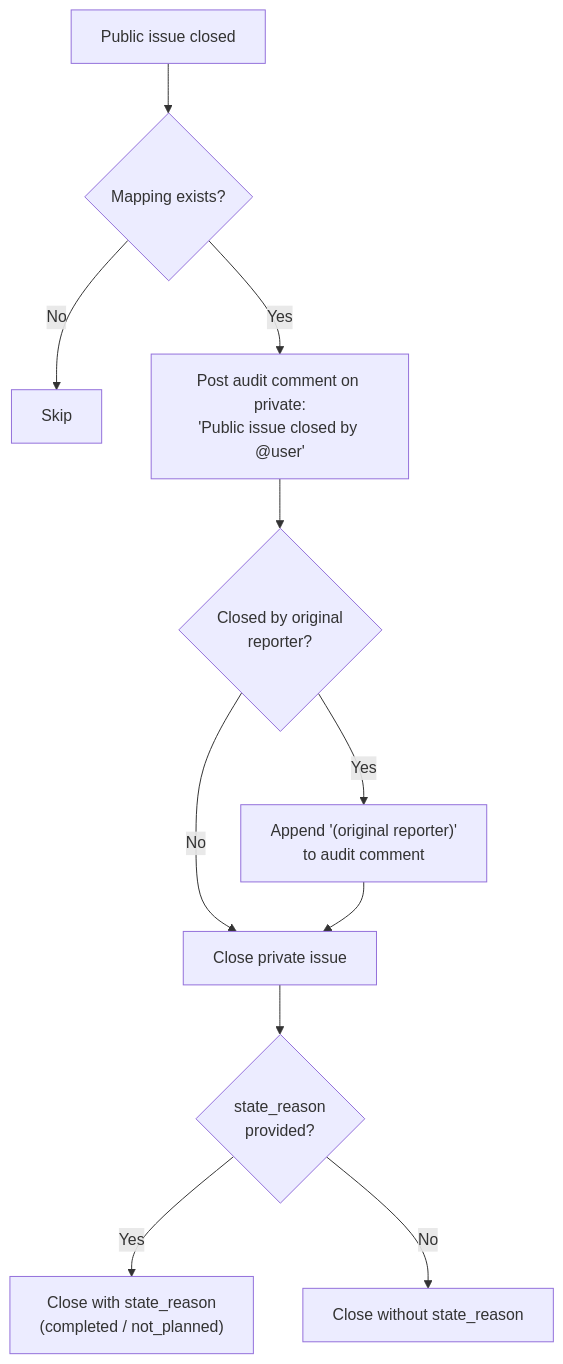
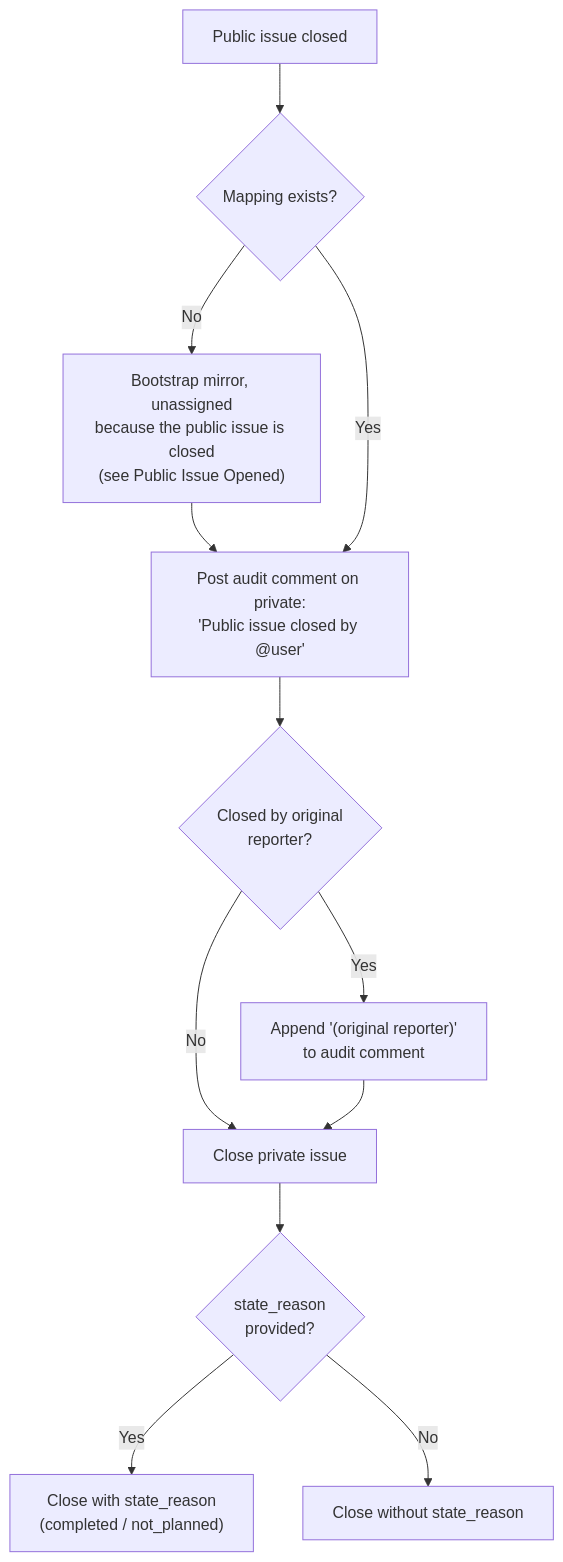
One commit to Magma-Maths/lyrebird changed the fourth of 16 diagrams in FLOWS.md. Above: the diagram before and after it, drawn with Mermaid. The commit also changed other lines of this file, not shown here.

First line of the commit message:
docs(flows): match the public-event diagrams to the real call graph

````diff
--- a/FLOWS.md
+++ b/FLOWS.md
@@ -57,13 +58,14 @@
 ```mermaid
 flowchart TD
     A["Public issue closed"] --> B{"Mapping exists?"}
-    B -- No --> Z["Skip"]
+    B -- No --> BA["Bootstrap mirror, unassigned<br/>because the public issue is closed<br/>(see Public Issue Opened)"]
+    BA --> C
     B -- Yes --> C["Post audit comment on private:<br/>'Public issue closed by @user'"]
     C --> D{"Closed by original<br/>reporter?"}
     D -- Yes --> E["Append '(original reporter)'<br/>to audit comment"]
     D -- No --> F["Close private issue"]
     E --> F
     F --> G{"state_reason<br/>provided?"}
     G -- Yes --> H["Close with state_reason<br/>(completed / not_planned)"]
     G -- No --> I["Close without state_reason"]
 ```
````
